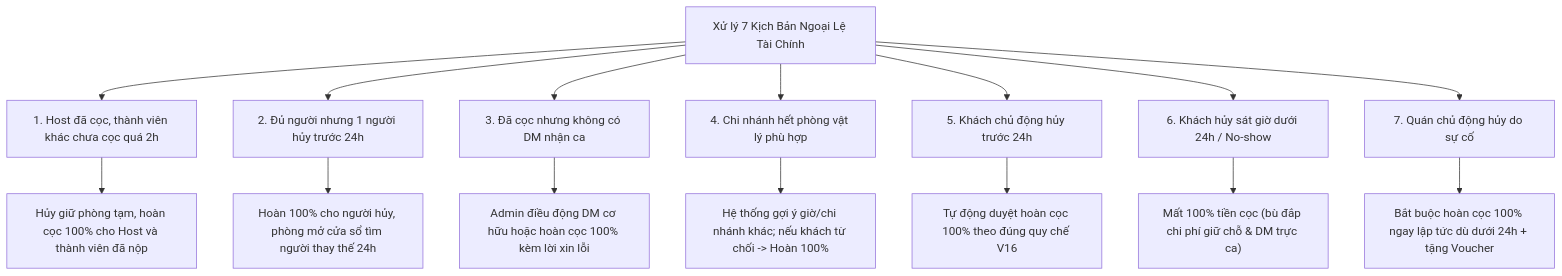
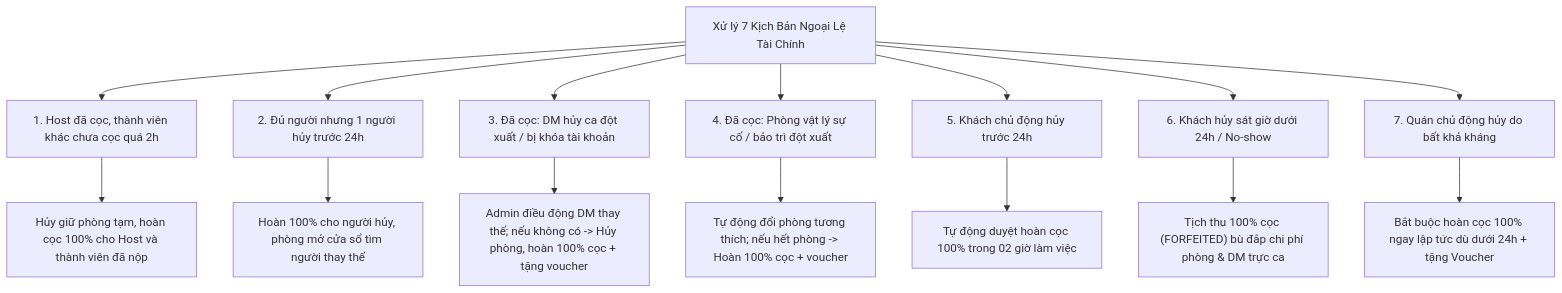
Before and after one commit to nguyenxuanhieu2903/kich-ban-sat-php: the fourth of 5 diagrams in docs/TAI_LIEU_VAN_HANH_TOAN_DIEN_HE_THONG.md, drawn with Mermaid. The commit also changed other lines of this file and 1 other file, not shown here.

````diff
--- a/docs/TAI_LIEU_VAN_HANH_TOAN_DIEN_HE_THONG.md
+++ b/docs/TAI_LIEU_VAN_HANH_TOAN_DIEN_HE_THONG.md
@@ -317,18 +351,18 @@
 ```mermaid
 flowchart TD
     ScenarioRoot["Xử lý 7 Kịch Bản Ngoại Lệ Tài Chính"] --> S1["1. Host đã cọc, thành viên khác chưa cọc quá 2h"]
     ScenarioRoot --> S2["2. Đủ người nhưng 1 người hủy trước 24h"]
-    ScenarioRoot --> S3["3. Đã cọc nhưng không có DM nhận ca"]
-    ScenarioRoot --> S4["4. Chi nhánh hết phòng vật lý phù hợp"]
+    ScenarioRoot --> S3["3. Đã cọc: DM hủy ca đột xuất / bị khóa tài khoản"]
+    ScenarioRoot --> S4["4. Đã cọc: Phòng vật lý sự cố / bảo trì đột xuất"]
     ScenarioRoot --> S5["5. Khách chủ động hủy trước 24h"]
     ScenarioRoot --> S6["6. Khách hủy sát giờ dưới 24h / No-show"]
-    ScenarioRoot --> S7["7. Quán chủ động hủy do sự cố"]
+    ScenarioRoot --> S7["7. Quán chủ động hủy do bất khả kháng"]
 
     S1 --> R1["Hủy giữ phòng tạm, hoàn cọc 100% cho Host và thành viên đã nộp"]
-    S2 --> R2["Hoàn 100% cho người hủy, phòng mở cửa sổ tìm người thay thế 24h"]
-    S3 --> R3["Admin điều động DM cơ hữu hoặc hoàn cọc 100% kèm lời xin lỗi"]
-    S4 --> R4["Hệ thống gợi ý giờ/chi nhánh khác; nếu khách từ chối -> Hoàn 100%"]
-    S5 --> R5["Tự động duyệt hoàn cọc 100% theo đúng quy chế V16"]
-    S6 --> R6["Mất 100% tiền cọc (bù đắp chi phí giữ chỗ & DM trực ca)"]
+    S2 --> R2["Hoàn 100% cho người hủy, phòng mở cửa sổ tìm người thay thế"]
+    S3 --> R3["Admin điều động DM thay thế; nếu không có -> Hủy phòng, hoàn 100% cọc + tặng voucher"]
+    S4 --> R4["Tự động đổi phòng tương thích; nếu hết phòng -> Hoàn 100% cọc + voucher"]
+    S5 --> R5["Tự động duyệt hoàn cọc 100% trong 02 giờ làm việc"]
+    S6 --> R6["Tịch thu 100% cọc (FORFEITED) bù đắp chi phí phòng & DM trực ca"]
     S7 --> R7["Bắt buộc hoàn cọc 100% ngay lập tức dù dưới 24h + tặng Voucher"]
 ```
````
